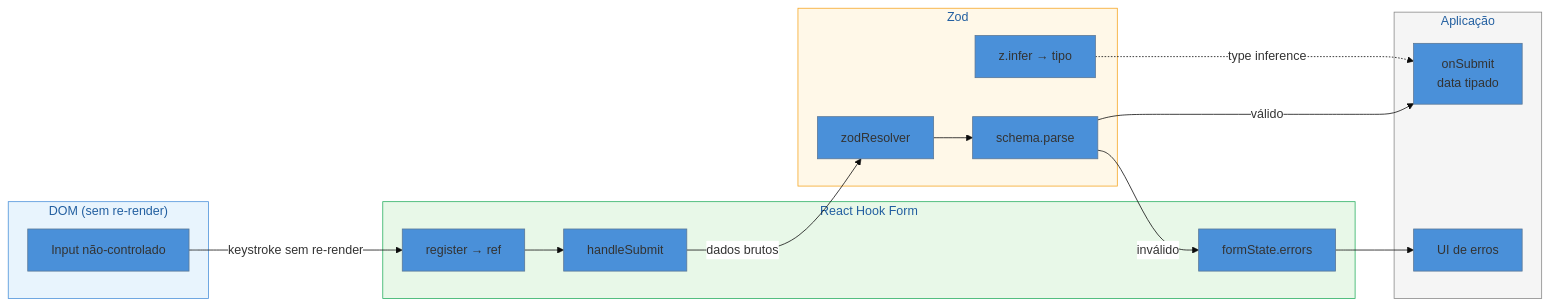
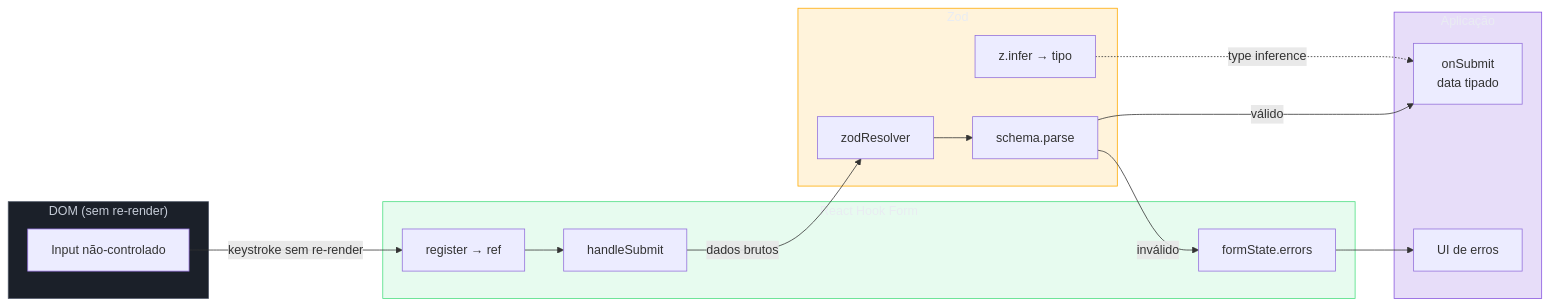
One commit to josenaldo/codex-technomanticus changed the diagram in 03-Dominios/Tecnologia/React/Ecossistema/06 - Formulários - React Hook Form + Zod.md. Above: the diagram before and after it, drawn with Mermaid. The commit also changed 1181 other files, not shown here.

First line of the commit message:
fix(diagramas): paleta do sistema no lugar de cor cravada no markdown

````diff
--- a/03-Dominios/Tecnologia/React/Ecossistema/06 - Formulários - React Hook Form + Zod.md
+++ b/03-Dominios/Tecnologia/React/Ecossistema/06 - Formulários - React Hook Form + Zod.md
@@ -182,38 +182,41 @@
 ```mermaid
-%%{init: {"theme": "base", "themeVariables": {"primaryColor": "#4A90D9", "edgeLabelBackground": "#ffffff"}}}%%
 graph LR
+    classDef neutro fill:#1B2029,stroke:#4E5666,color:#C6CCD8
+    classDef ok fill:#4ADE8021,stroke:#4ADE80,color:#E9ECF2
+    classDef destaque fill:#FFAA0024,stroke:#FFAA00,color:#E9ECF2
+    classDef marca fill:#8855DF33,stroke:#8855DF,color:#E9ECF2
     subgraph DOM["DOM (sem re-render)"]
         A[Input não-controlado]
     end
 
     subgraph RHF["React Hook Form"]
         B[register → ref]
         C[handleSubmit]
         D[formState.errors]
     end
 
     subgraph ZOD["Zod"]
         E[zodResolver]
         F[schema.parse]
         G[z.infer → tipo]
     end
 
     subgraph APP["Aplicação"]
         H[onSubmit\ndata tipado]
         I[UI de erros]
     end
 
     A -->|keystroke sem re-render| B
     B --> C
     C -->|dados brutos| E
     E --> F
     F -->|válido| H
     F -->|inválido| D
     D --> I
     G -.->|type inference| H
 
-    style DOM fill:#E8F4FD,stroke:#4A90D9
-    style RHF fill:#E8F8E8,stroke:#27AE60
-    style ZOD fill:#FFF8E8,stroke:#F5A623
-    style APP fill:#F5F5F5,stroke:#888
+    class DOM neutro
+    class RHF ok
+    class ZOD destaque
+    class APP marca
 ```
````
